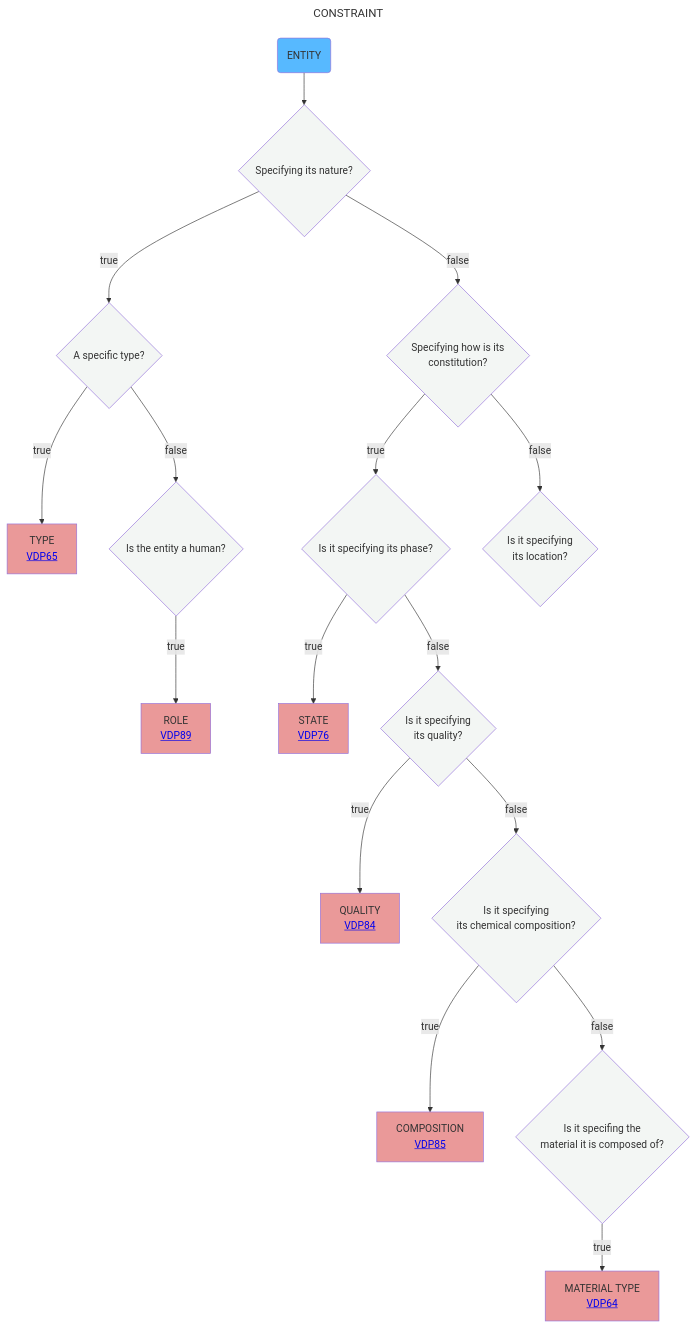
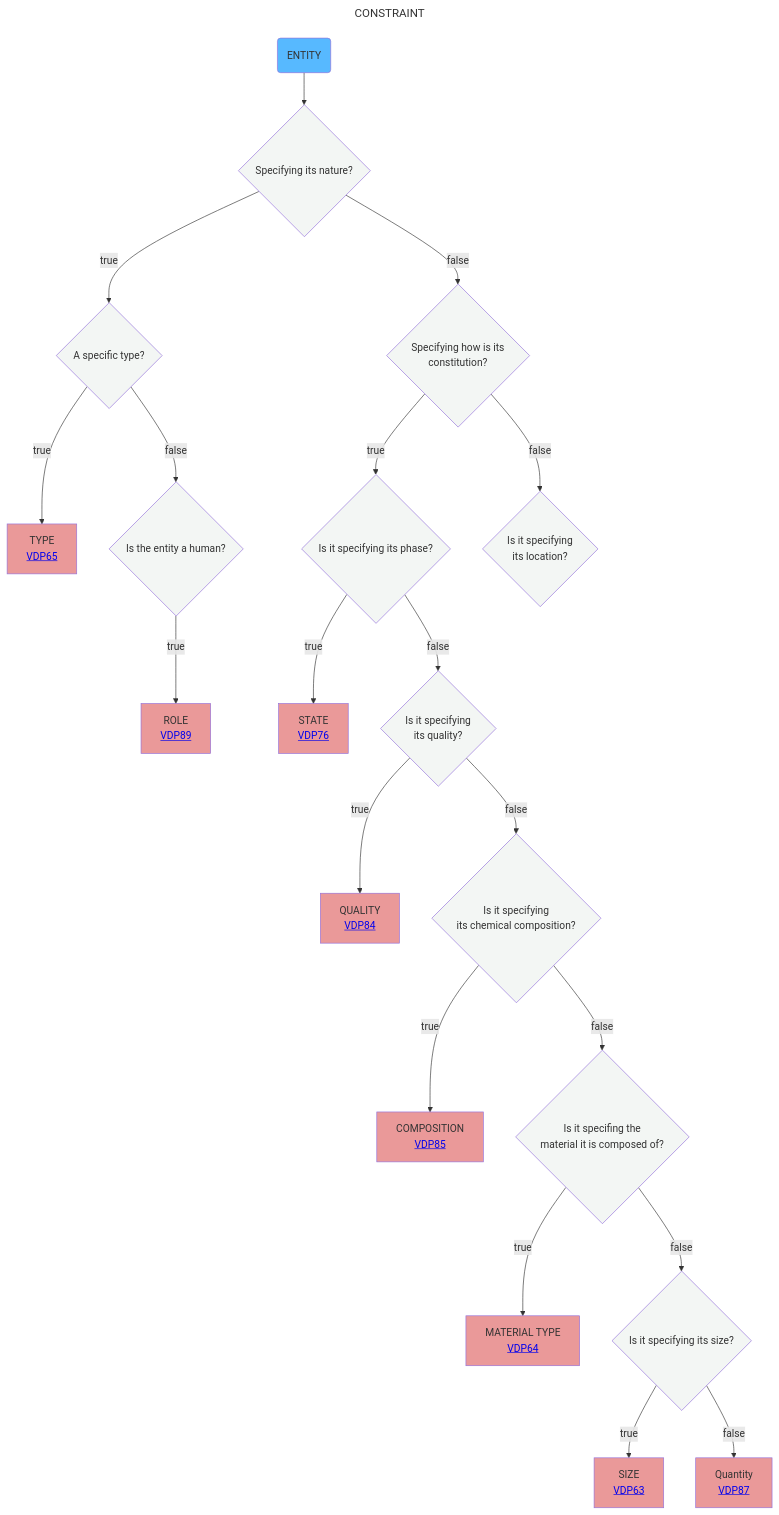
One commit to mabablue/I-ADOPT-patterns-playground changed the diagram in Decisition_trees/DT8.mmd. Above: the diagram before and after it, drawn with Mermaid.

```diff
--- a/Decisition_trees/DT8.mmd
+++ b/Decisition_trees/DT8.mmd
@@ -1,25 +1,28 @@
 ---
 title: CONSTRAINT
 ---
 flowchart TD
     A(ENTITY):::satblue  --> AB{Specifying its nature?}:::white
     AB --> |true|B{A specific type?}:::white
     AB --> |false|E{Specifying how is its <br> constitution?}:::white
     B --> |true|C[TYPE <br> <a href='https://github.com/mabablue/I-ADOPT-patterns-playground/blob/main/pattern/VDP65.yaml'>VDP65</a>]:::rose
     B --> |false|D{Is the entity a human?}:::white
     D --> |true|F[ROLE <br> <a href='https://github.com/mabablue/I-ADOPT-patterns-playground/blob/main/pattern/VDP89.yaml'>VDP89</a>]:::rose
     E --> |true|G{Is it specifying its phase?}:::white
     E --> |false|R{Is it specifying <br> its location?}:::white
     G --> |true|H[STATE <br> <a href='https://github.com/mabablue/I-ADOPT-patterns-playground/blob/main/pattern/VDP76.yaml'>VDP76</a>]:::rose
     G --> |false|I{Is it specifying <br> its quality?}:::white
     I --> |true|K[QUALITY <br> <a href='https://github.com/mabablue/I-ADOPT-patterns-playground/blob/main/pattern/VDP84.yaml'>VDP84</a>]:::rose
     I --> |false|L{Is it specifying <br> its chemical composition?}:::white
     L --> |true|M[COMPOSITION <br> <a href='https://github.com/mabablue/I-ADOPT-patterns-playground/blob/main/pattern/VDP85.yaml'>VDP85</a>]:::rose
     L --> |false|N{Is it specifing the <br> material it is composed of?}:::white
     N --> |true|O[MATERIAL TYPE <br> <a href='https://github.com/mabablue/I-ADOPT-patterns-playground/blob/main/pattern/VDP64.yaml'>VDP64</a>]:::rose
+    N --> |false|P{Is it specifying its size?}:::white
+    P --> |true|Q[SIZE <br> <a href='https://github.com/mabablue/I-ADOPT-patterns-playground/blob/main/pattern/VDP63.yaml'>VDP63</a>]:::rose
+    P --> |false|QR[Quantity <br> <a href='https://github.com/mabablue/I-ADOPT-patterns-playground/blob/main/pattern/VDP87.yaml'>VDP87</a>]:::rose
    
    classDef blue fill:#90D5FF
    classDef satblue fill:#57B9FF 
    classDef white fill:#f3f6f4
    classDef green fill:#6aa84f
    classDef rose fill:#ea9999
```
